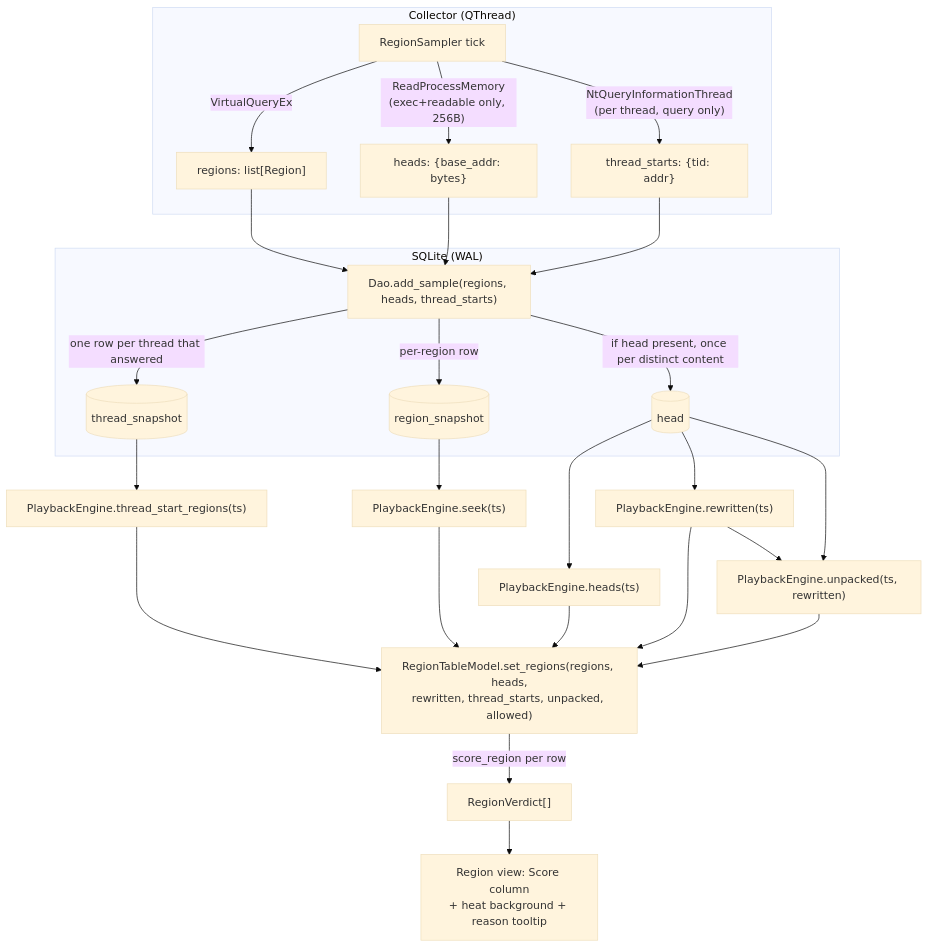
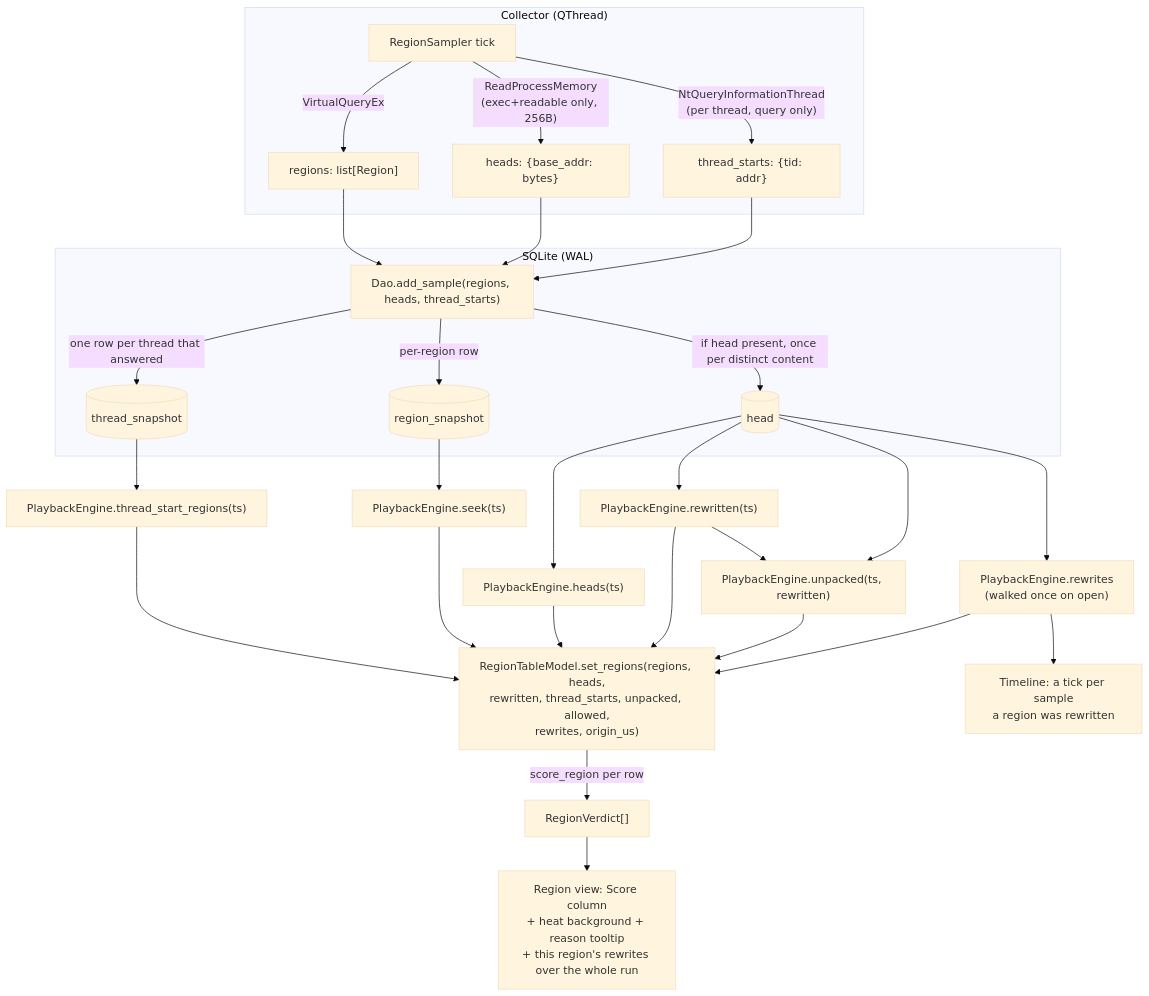
The second of 2 diagrams in docs/ARCHITECTURE.md (mjaksn/Memlapse), drawn with Mermaid (base theme) before and after one commit. The commit also changed other lines of this file and 18 other files, not shown here.

````diff
--- a/docs/ARCHITECTURE.md
+++ b/docs/ARCHITECTURE.md
@@ -550,29 +553,32 @@
 ```mermaid
 flowchart TD
     subgraph collect["Collector (QThread)"]
         A["RegionSampler tick"] -->|VirtualQueryEx| B["regions: list[Region]"]
         A -->|"ReadProcessMemory<br/>(exec+readable only, 256B)"| C["heads: {base_addr: bytes}"]
         A -->|"NtQueryInformationThread<br/>(per thread, query only)"| TB["thread_starts: {tid: addr}"]
     end
     B --> D["Dao.add_sample(regions, heads, thread_starts)"]
     C --> D
     TB --> D
     subgraph store["SQLite (WAL)"]
         D -->|per-region row| E[(region_snapshot)]
         D -->|"if head present, once per distinct content"| F[(head)]
         D -->|"one row per thread that answered"| T[(thread_snapshot)]
     end
     E --> G["PlaybackEngine.seek(ts)"]
     T --> TS["PlaybackEngine.thread_start_regions(ts)"]
     TS --> I
     F --> H["PlaybackEngine.heads(ts)"]
     F --> RW["PlaybackEngine.rewritten(ts)"]
     RW --> UN["PlaybackEngine.unpacked(ts, rewritten)"]
     F --> UN
-    G --> I["RegionTableModel.set_regions(regions, heads,<br/>rewritten, thread_starts, unpacked, allowed)"]
+    G --> I["RegionTableModel.set_regions(regions, heads,<br/>rewritten, thread_starts, unpacked, allowed,<br/>rewrites, origin_us)"]
     H --> I
     RW --> I
     UN --> I
+    F --> RH["PlaybackEngine.rewrites<br/>(walked once on open)"]
+    RH --> I
+    RH --> TL["Timeline: a tick per sample<br/>a region was rewritten"]
     I -->|"score_region per row"| J["RegionVerdict[]"]
-    J --> K["Region view: Score column<br/>+ heat background + reason tooltip"]
+    J --> K["Region view: Score column<br/>+ heat background + reason tooltip<br/>+ this region's rewrites over the whole run"]
 ```
````
